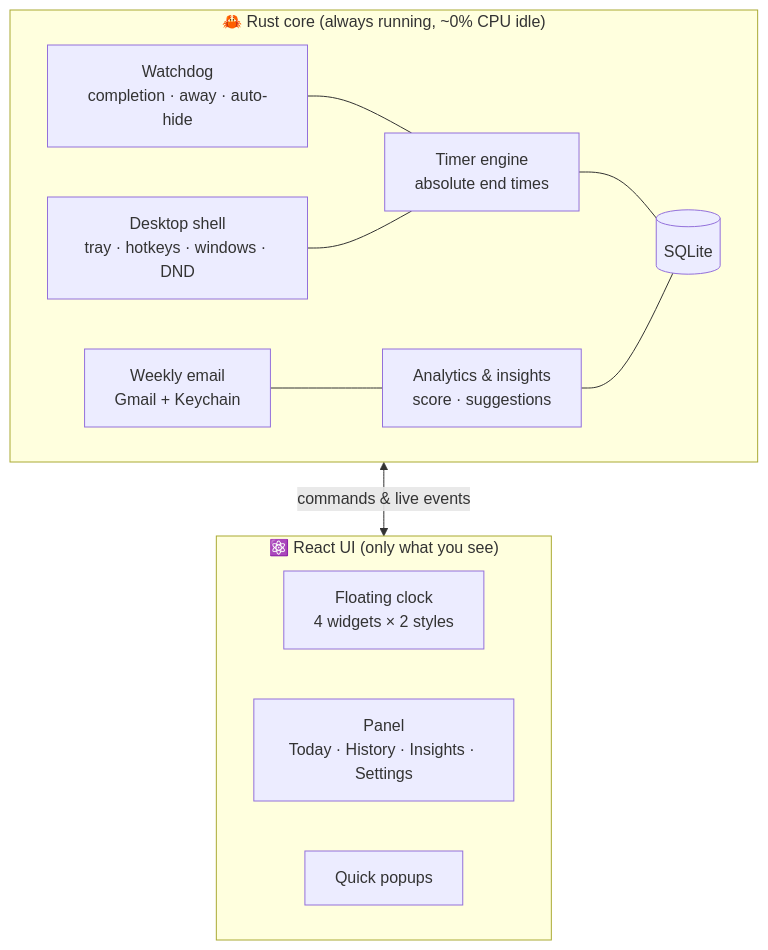
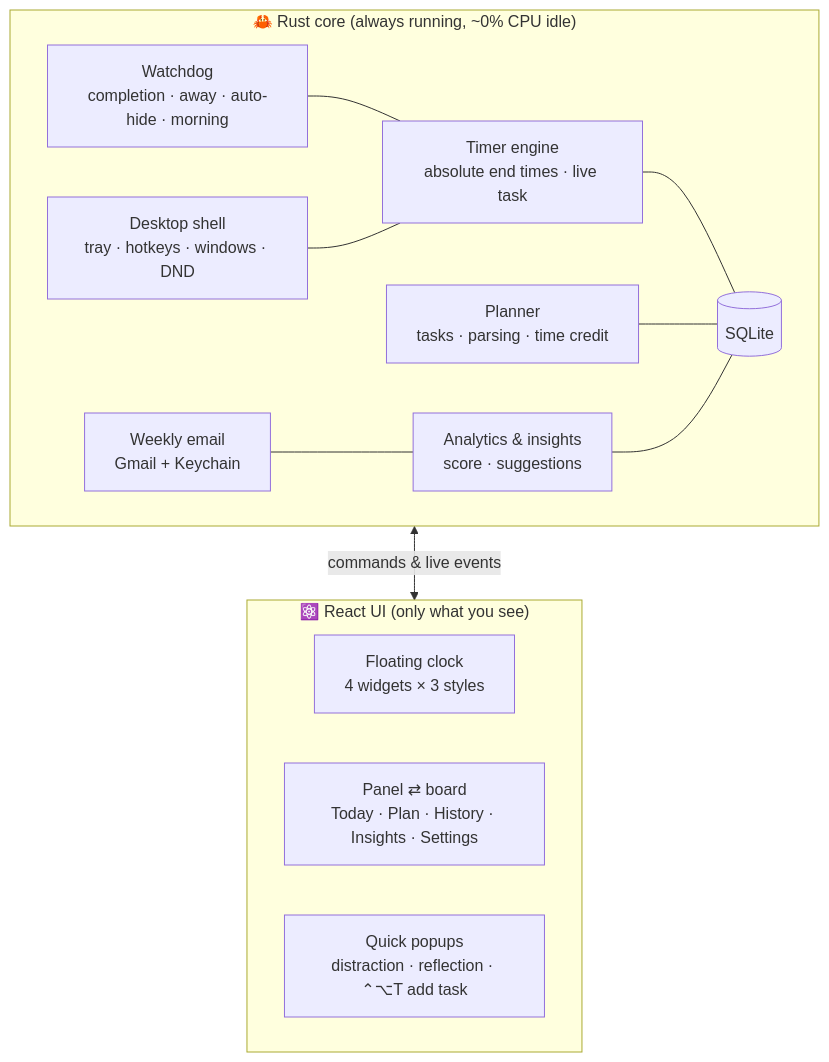
One commit to nikharjajoo-tech/chronos changed the second of 2 diagrams in README.md. Above: the diagram before and after it, drawn with Mermaid. The commit also changed other lines of this file and 2 other files, not shown here.

First line of the commit message:
Document the planner and Glass theme (Phase 1, step 10)

````diff
--- a/README.md
+++ b/README.md
@@ -284,16 +337,17 @@
 ```mermaid
 flowchart TB
     subgraph Rust["🦀 Rust core (always running, ~0% CPU idle)"]
-        T["Timer engine<br/>absolute end times"] --- DB[("SQLite")]
-        W["Watchdog<br/>completion · away · auto-hide"] --- T
+        T["Timer engine<br/>absolute end times · live task"] --- DB[("SQLite")]
+        TK["Planner<br/>tasks · parsing · time credit"] --- DB
+        W["Watchdog<br/>completion · away · auto-hide · morning"] --- T
         AN["Analytics & insights<br/>score · suggestions"] --- DB
         SH["Desktop shell<br/>tray · hotkeys · windows · DND"] --- T
         EM["Weekly email<br/>Gmail + Keychain"] --- AN
     end
     subgraph UI["⚛️ React UI (only what you see)"]
-        CL["Floating clock<br/>4 widgets × 2 styles"]
-        PA["Panel<br/>Today · History · Insights · Settings"]
-        QP["Quick popups"]
+        CL["Floating clock<br/>4 widgets × 3 styles"]
+        PA["Panel ⇄ board<br/>Today · Plan · History · Insights · Settings"]
+        QP["Quick popups<br/>distraction · reflection · ⌃⌥T add task"]
     end
     Rust <-- "commands & live events" --> UI
 ```
````
